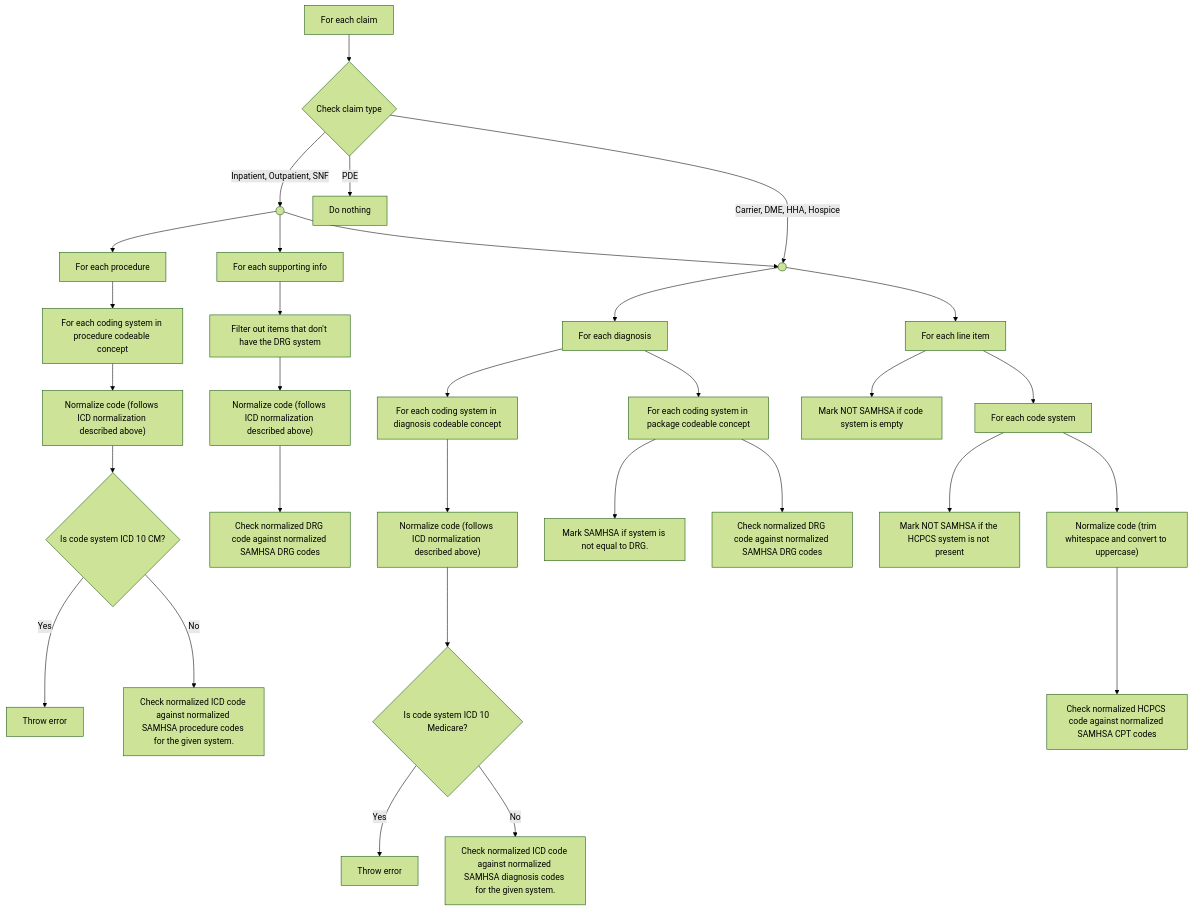
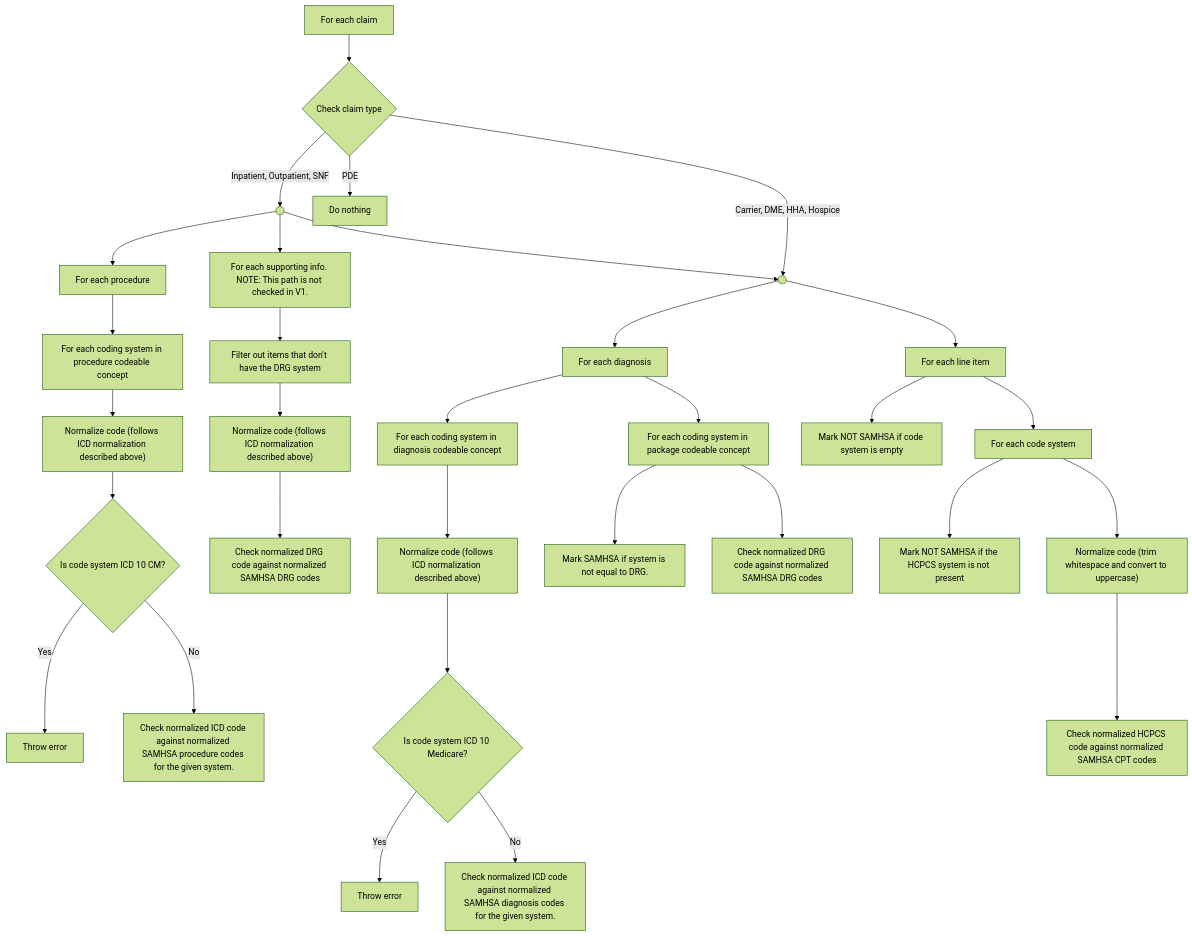
Before and after one commit to CMSgov/beneficiary-fhir-data: the second of 2 diagrams in samhsa_matcher.md, drawn with Mermaid (forest theme).

Commit message:
add note about v1

````diff
--- a/samhsa_matcher.md
+++ b/samhsa_matcher.md
@@ -100,68 +100,68 @@
 ```mermaid
 flowchart TD
     id0["For each claim"]
 
     id1{"Check claim type"}
     id2((" "))
     id3["For each procedure"]
     
     id4["For each coding system in procedure codeable concept"]
     id5["Normalize code (follows ICD normalization described above)"]
     id6{"Is code system ICD 10 CM?"}
     id7["Throw error"]
     id8["Check normalized ICD code against normalized SAMHSA procedure codes for the given system."]
 
-    id9["For each supporting info"]
+    id9["For each supporting info. NOTE: This path is not checked in V1."]
     id10["Filter out items that don't have the DRG system"]
     id11["Normalize code (follows ICD normalization described above)"]
     id12["Check normalized DRG code against normalized SAMHSA DRG codes"]
 
     id13((" "))
 
     id14["For each diagnosis"]
     id15["For each coding system in diagnosis codeable concept"]
     id16["Normalize code (follows ICD normalization described above)"]
     id17{"Is code system ICD 10 Medicare?"}
     id18["Throw error"]
     id19["Check normalized ICD code against normalized SAMHSA diagnosis codes for the given system."]
     id20["For each coding system in package codeable concept"]
     id21["Mark SAMHSA if system is not equal to DRG."]
     id22["Check normalized DRG code against normalized SAMHSA DRG codes"]
 
     id23["Do nothing"]
 
     id24["For each line item"]
     id25["Mark NOT SAMHSA if code system is empty"]
     id26["For each code system"]
     id27["Mark NOT SAMHSA if the HCPCS system is not present"]
     id28["Normalize code (trim whitespace and convert to uppercase)"]
     id29["Check normalized HCPCS code against normalized SAMHSA CPT codes"]
 
     id0 --> id1
     id1 -->|Inpatient, Outpatient, SNF| id2
     id1 -->|Carrier, DME, HHA, Hospice| id13
     id1 -->|PDE| id23
     id2 --> id3
     id3 --> id4 --> id5 --> id6
     id6 -->|Yes| id7
     id6 -->|No| id8
 
     id2 --> id13
 
     id2 --> id9 --> id10 --> id11 --> id12
 
     id13 --> id14
     id13 --> id24
 
     id14 --> id15 --> id16 --> id17
     id17 -->|Yes| id18
     id17 -->|No| id19
     id14 --> id20
     id20 --> id21
     id20 --> id22
 
     id24 --> id25
     id24 --> id26
     id26 --> id27
     id26 --> id28 --> id29
 ```
````
